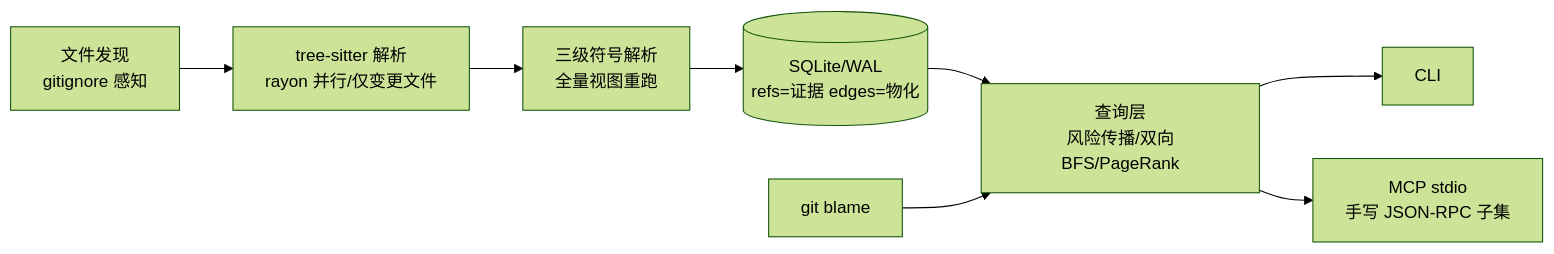
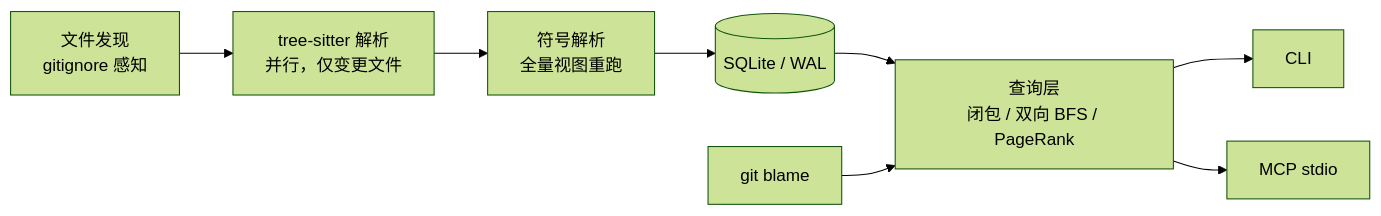
One commit to attnstack/codegraph changed the diagram in README.md. Above: the diagram before and after it, drawn with Mermaid (forest theme). The commit also changed other lines of this file and 1 other file, not shown here.

Commit message:
readme: 重写首屏，补终端演示图

````diff
--- a/README.md
+++ b/README.md
@@ -74,10 +59,10 @@
 ```mermaid
 graph LR
-    A[文件发现<br>gitignore 感知] --> B[tree-sitter 解析<br>rayon 并行/仅变更文件]
-    B --> C[三级符号解析<br>全量视图重跑]
-    C --> D[(SQLite/WAL<br>refs=证据 edges=物化)]
-    D --> E[查询层<br>风险传播/双向BFS/PageRank]
+    A[文件发现<br>gitignore 感知] --> B[tree-sitter 解析<br>并行，仅变更文件]
+    B --> C[符号解析<br>全量视图重跑]
+    C --> D[(SQLite / WAL)]
+    D --> E[查询层<br>闭包 / 双向 BFS / PageRank]
     E --> F[CLI]
-    E --> G[MCP stdio<br>手写 JSON-RPC 子集]
+    E --> G[MCP stdio]
     H[git blame] --> E
 ```
````
